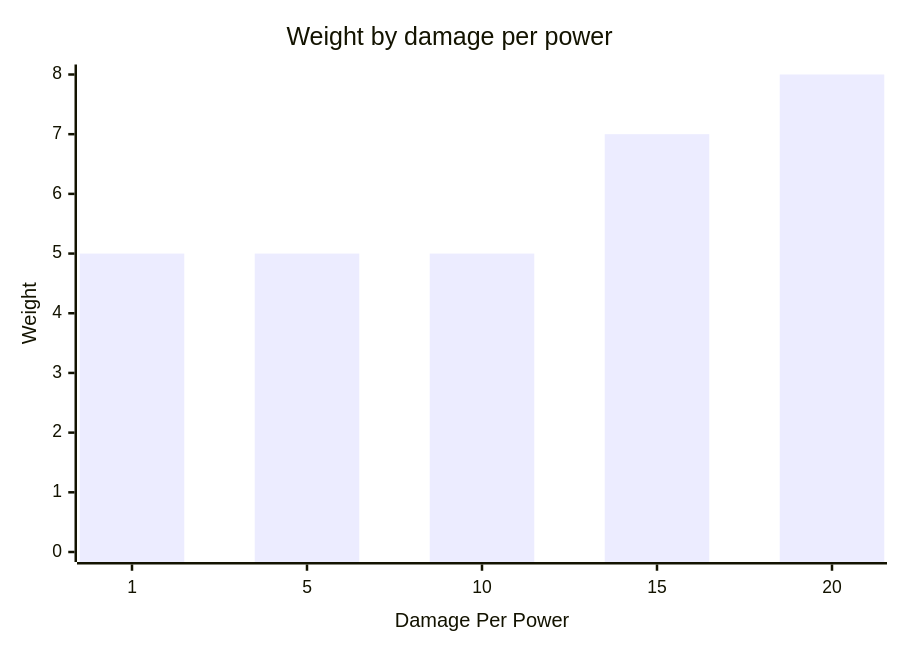
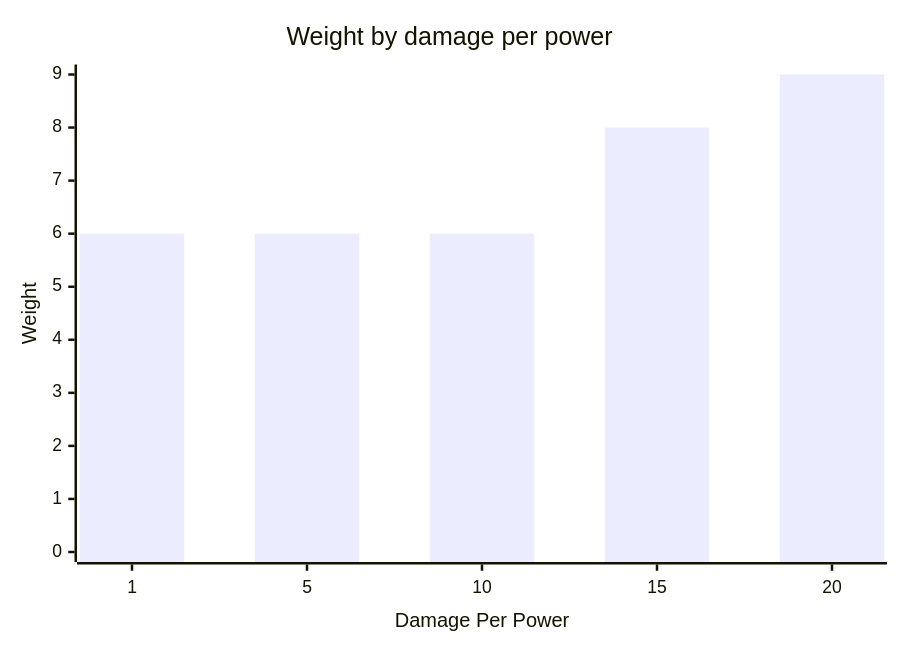
One commit to kilfour/SharpBotz changed the eighth of 10 diagrams in README.md. Above: the diagram before and after it, drawn with Mermaid. The commit also changed other lines of this file and 4 other files, not shown here.

````diff
--- a/README.md
+++ b/README.md
@@ -251,7 +252,7 @@
 ```mermaid
 xychart-beta
     title "Weight by damage per power"
     x-axis "Damage Per Power" [1, 5, 10, 15, 20]
-    y-axis "Weight" 0 --> 8
-    bar [5, 5, 5, 7, 8]
+    y-axis "Weight" 0 --> 9
+    bar [6, 6, 6, 8, 9]
 ```
````
